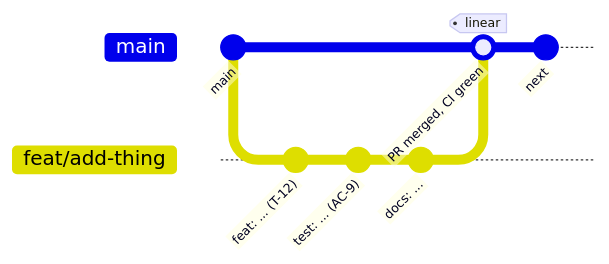
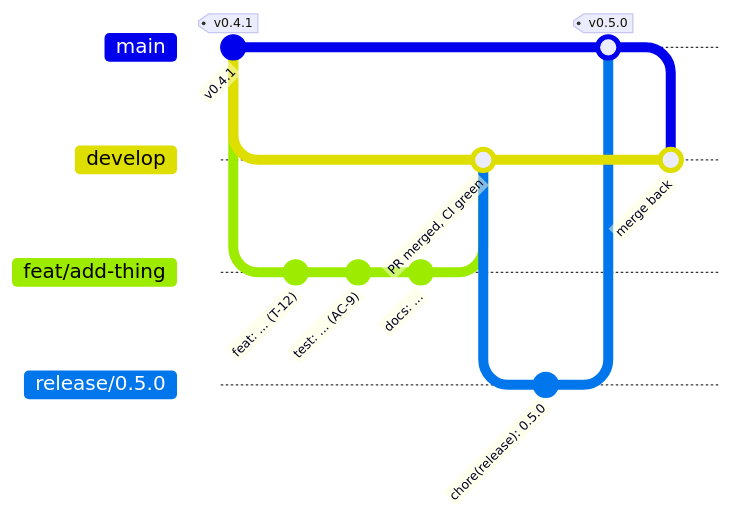
Before and after one commit to devdaviddr/minidash: the second of 2 diagrams in docs/development.md, drawn with Mermaid. The commit also changed other lines of this file and 4 other files, not shown here.

First line of the commit message:
docs: describe Git Flow in the contributor guides

````diff
--- a/docs/development.md
+++ b/docs/development.md
@@ -55,12 +55,20 @@
 ```mermaid
 gitGraph
-  commit id: "main"
+  commit id: "v0.4.1" tag: "v0.4.1"
+  branch develop
+  checkout develop
   branch feat/add-thing
   checkout feat/add-thing
   commit id: "feat: ... (T-12)"
   commit id: "test: ... (AC-9)"
   commit id: "docs: ..."
+  checkout develop
+  merge feat/add-thing id: "PR merged, CI green"
+  branch release/0.5.0
+  checkout release/0.5.0
+  commit id: "chore(release): 0.5.0"
   checkout main
-  merge feat/add-thing id: "PR merged, CI green" tag: "linear"
-  commit id: "next"
+  merge release/0.5.0 tag: "v0.5.0"
+  checkout develop
+  merge main id: "merge back"
 ```
````
